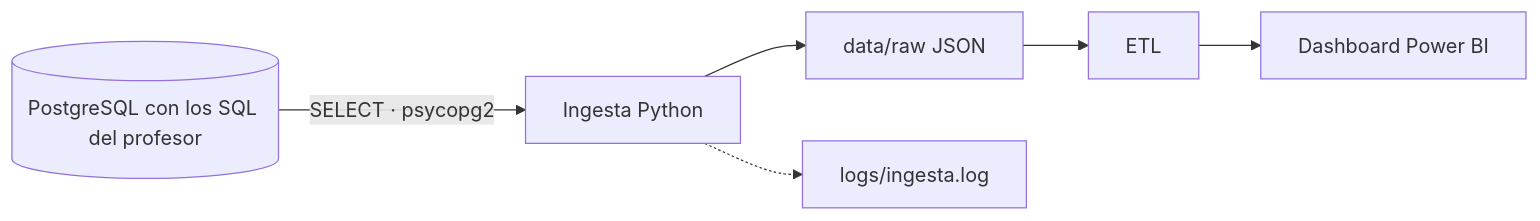
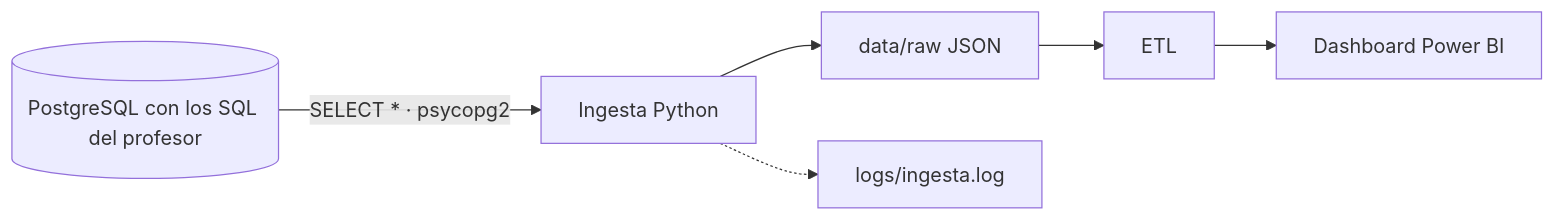
One commit to IshimiG/bigdata-p2-itaca-bd changed the diagram in README.md. Above: the diagram before and after it, drawn with Mermaid. The commit also changed other lines of this file and 8 other files, not shown here.

````diff
--- a/README.md
+++ b/README.md
@@ -11,8 +11,8 @@
 ```mermaid
 graph LR
-    A[(PostgreSQL con los SQL del profesor)] -->|SELECT · psycopg2| B[Ingesta Python]
+    A[(PostgreSQL con los SQL del profesor)] -->|SELECT * · psycopg2| B[Ingesta Python]
     B --> C[data/raw JSON]
     C --> D[ETL]
     D --> E[Dashboard Power BI]
     B -.-> L[logs/ingesta.log]
 ```
````
